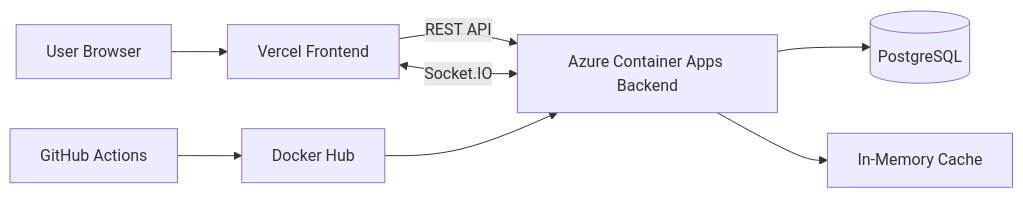
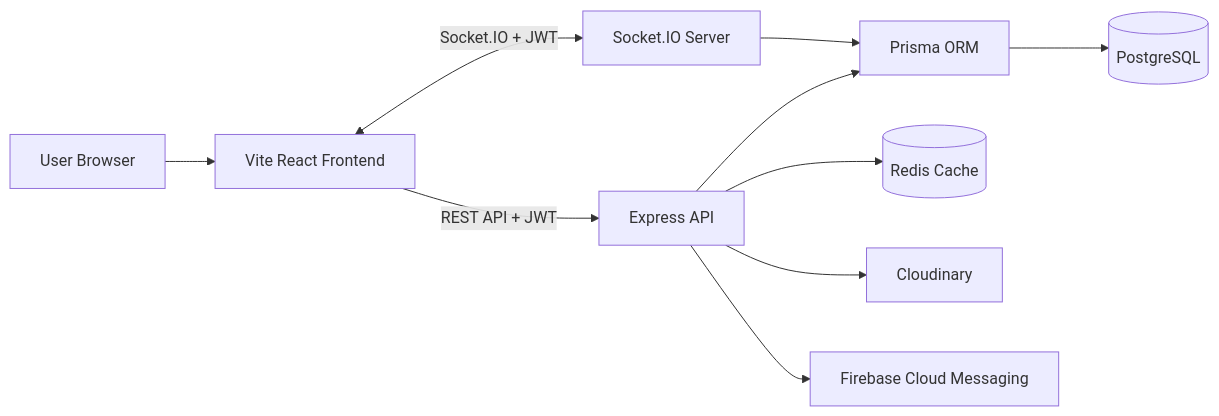
One commit to SaimaLearnathon/web-development-bootcamp-may-2026 changed the first of 3 diagrams in farhanaislamsaima/README.md. Above: the diagram before and after it, drawn with Mermaid. The commit also changed other lines of this file and 1 other file, not shown here.

````diff
--- a/farhanaislamsaima/README.md
+++ b/farhanaislamsaima/README.md
@@ -172,10 +83,12 @@
 ```mermaid
 flowchart LR
-  User[User Browser] --> Vercel[Vercel Frontend]
-  Vercel -->|REST API| Azure[Azure Container Apps Backend]
-  Vercel <-->|Socket.IO| Azure
-  Azure --> Postgres[(PostgreSQL)]
-  Azure --> Cache[In-Memory Cache]
-  GitHub[GitHub Actions] --> DockerHub[Docker Hub]
-  DockerHub --> Azure
+  Browser[User Browser] --> Vite[Vite React Frontend]
+  Vite -->|REST API + JWT| API[Express API]
+  Vite <-->|Socket.IO + JWT| Socket[Socket.IO Server]
+  API --> Prisma[Prisma ORM]
+  Socket --> Prisma
+  Prisma --> Postgres[(PostgreSQL)]
+  API --> Redis[(Redis Cache)]
+  API --> Cloudinary[Cloudinary]
+  API --> Firebase[Firebase Cloud Messaging]
 ```
````
